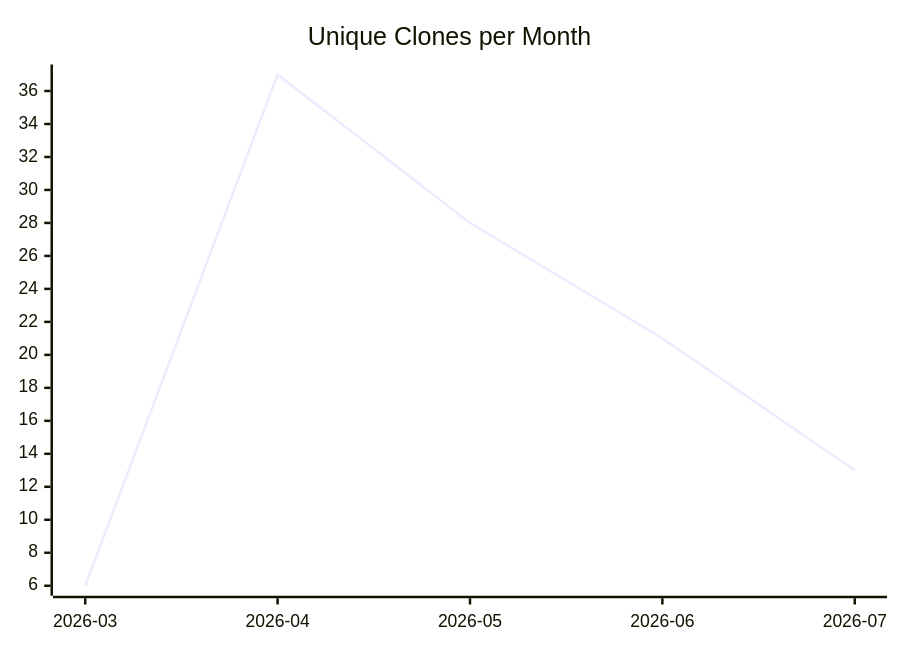
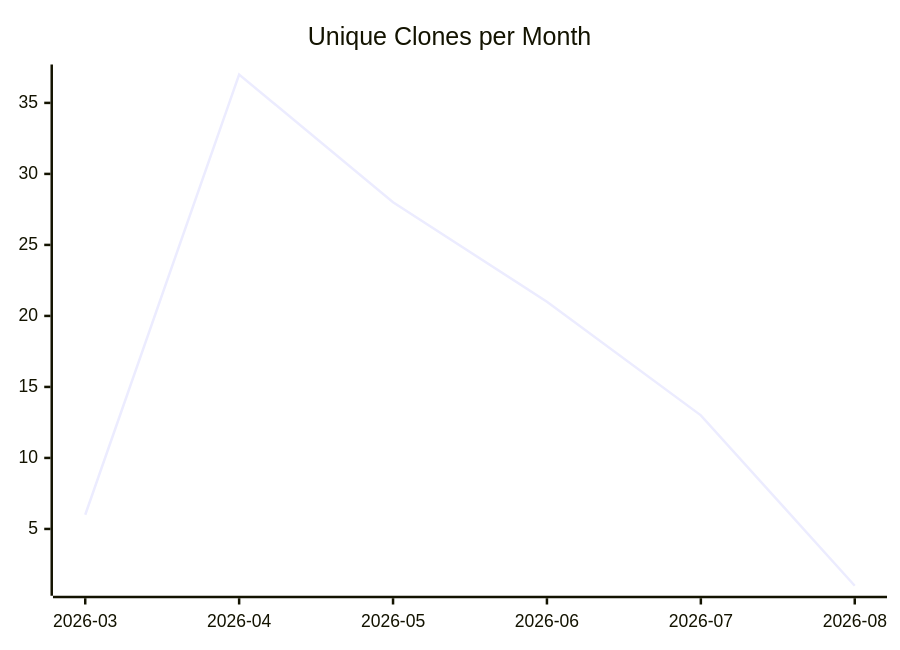
The third of 3 diagrams in karlmdavis/ansible-role-jenkins2/README.md (justdavis-family/github-analytics-data), drawn with Mermaid before and after one commit. The commit also changed other lines of this file and 180 other files, not shown here.

````diff
--- a/karlmdavis/ansible-role-jenkins2/README.md
+++ b/karlmdavis/ansible-role-jenkins2/README.md
@@ -19,6 +19,6 @@
 ```mermaid
 xychart-beta
   title "Unique Clones per Month"
-  x-axis ["2026-03", "2026-04", "2026-05", "2026-06", "2026-07"]
-  line [6, 37, 28, 21, 13]
+  x-axis ["2026-03", "2026-04", "2026-05", "2026-06", "2026-07", "2026-08"]
+  line [6, 37, 28, 21, 13, 1]
 ```
````
